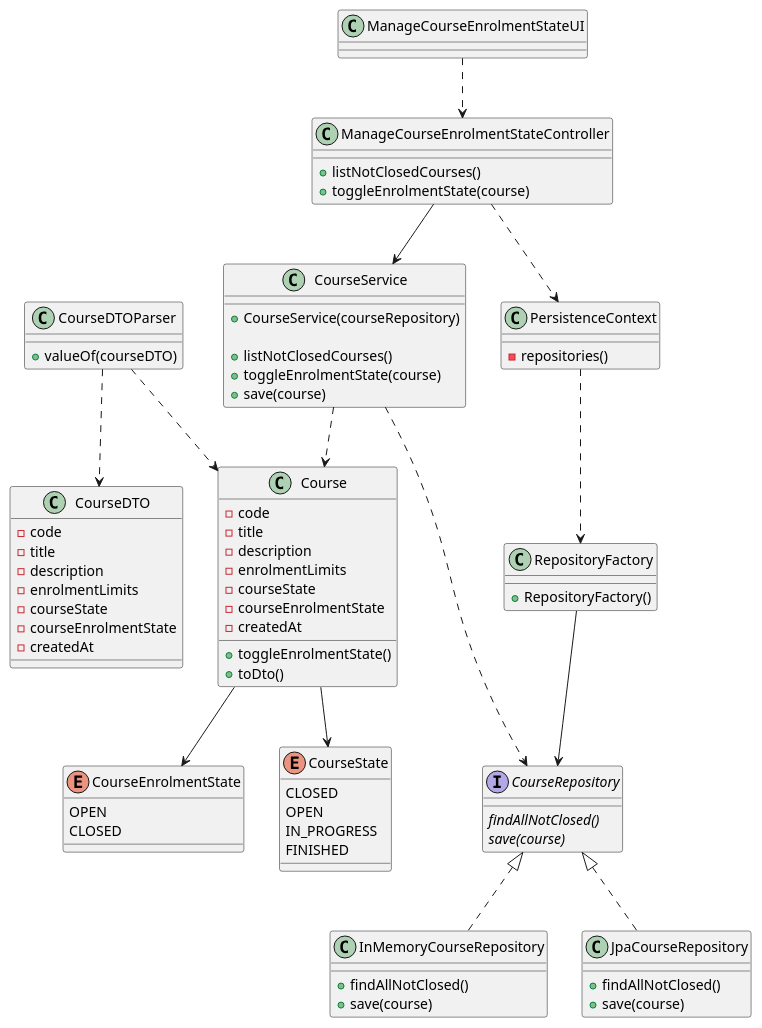
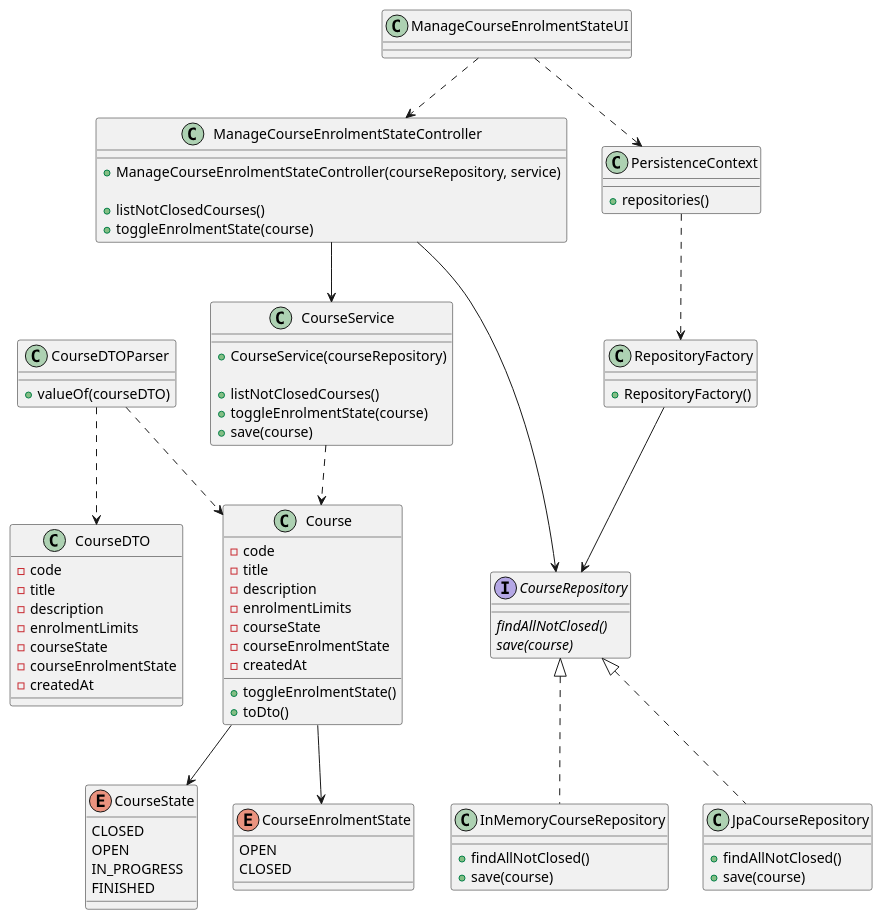
The diagram in docs/sprint-b/us09-1003/US1003_CD.puml (miseEnPlace-dev/lapr4), drawn with PlantUML before and after one commit. The commit also changed 7 other files, not shown here.

```diff
--- a/docs/sprint-b/us09-1003/US1003_CD.puml
+++ b/docs/sprint-b/us09-1003/US1003_CD.puml
@@ -1,98 +1,100 @@
 @startuml US1003_CD
 
 class RepositoryFactory {
   + RepositoryFactory()
 }
 
 interface CourseRepository {
   {abstract} findAllNotClosed()
   {abstract} save(course)
 }
 
 class InMemoryCourseRepository {
   + findAllNotClosed()
   + save(course)
 }
 
 class JpaCourseRepository {
   + findAllNotClosed()
   + save(course)
 }
 
 class PersistenceContext {
-  - repositories()
+  + repositories()
 }
 
 class CourseService {
   + CourseService(courseRepository)
 
   + listNotClosedCourses()
   + toggleEnrolmentState(course)
   + save(course)
 }
 
 class ManageCourseEnrolmentStateUI {}
 
 class ManageCourseEnrolmentStateController {
+  + ManageCourseEnrolmentStateController(courseRepository, service)
+
   + listNotClosedCourses()
   + toggleEnrolmentState(course)
 }
 
 class Course {
   - code
   - title
   - description
   - enrolmentLimits
   - courseState
   - courseEnrolmentState
   - createdAt
 
   + toggleEnrolmentState()
   + toDto()
 }
 
 enum CourseState {
   CLOSED
   OPEN
   IN_PROGRESS
   FINISHED
 }
 
 enum CourseEnrolmentState {
   OPEN
   CLOSED
 }
 
 class CourseDTO {
   - code
   - title
   - description
   - enrolmentLimits
   - courseState
   - courseEnrolmentState
   - createdAt
 }
 
 class CourseDTOParser {
   + valueOf(courseDTO)
 }
 
 ManageCourseEnrolmentStateUI ..> ManageCourseEnrolmentStateController
-ManageCourseEnrolmentStateController ..> PersistenceContext
+ManageCourseEnrolmentStateUI ..> PersistenceContext
 ManageCourseEnrolmentStateController --> CourseService
 PersistenceContext ..> RepositoryFactory
 RepositoryFactory --> CourseRepository
 
 CourseService ..> Course
-CourseService ..> CourseRepository
+ManageCourseEnrolmentStateController --> CourseRepository
 
 CourseDTOParser ..> CourseDTO
 CourseDTOParser ..> Course
 
 CourseRepository <|.. InMemoryCourseRepository
 CourseRepository <|.. JpaCourseRepository
 
 Course --> CourseState
 Course --> CourseEnrolmentState
 
 @enduml
```
